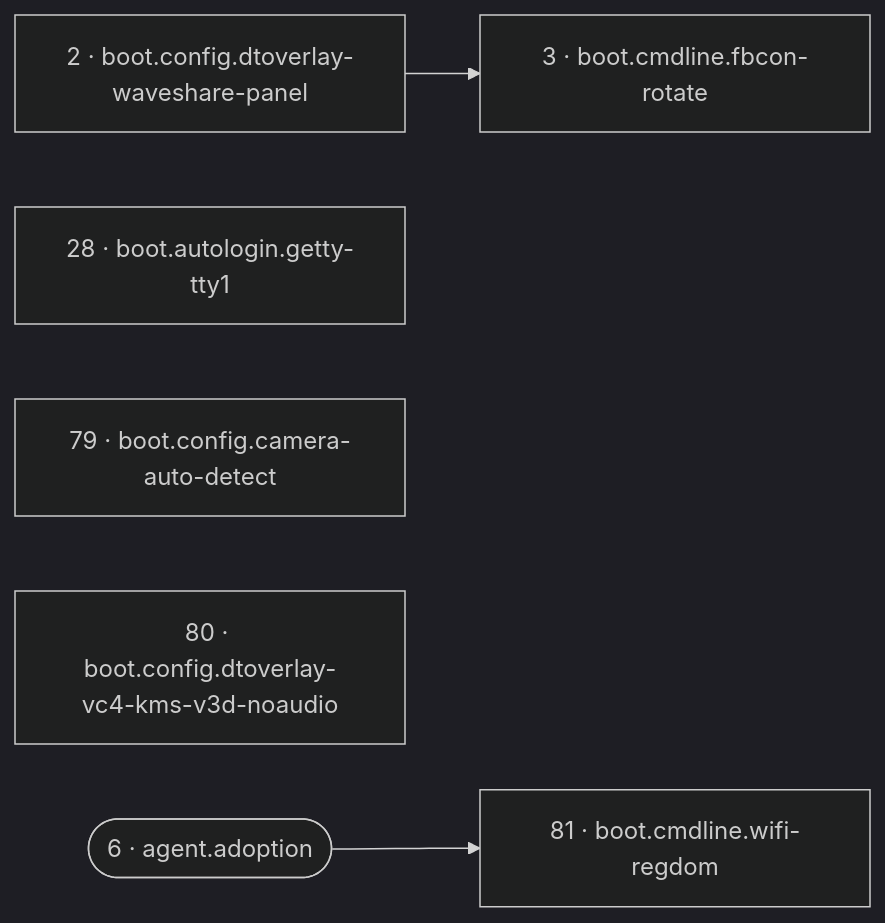
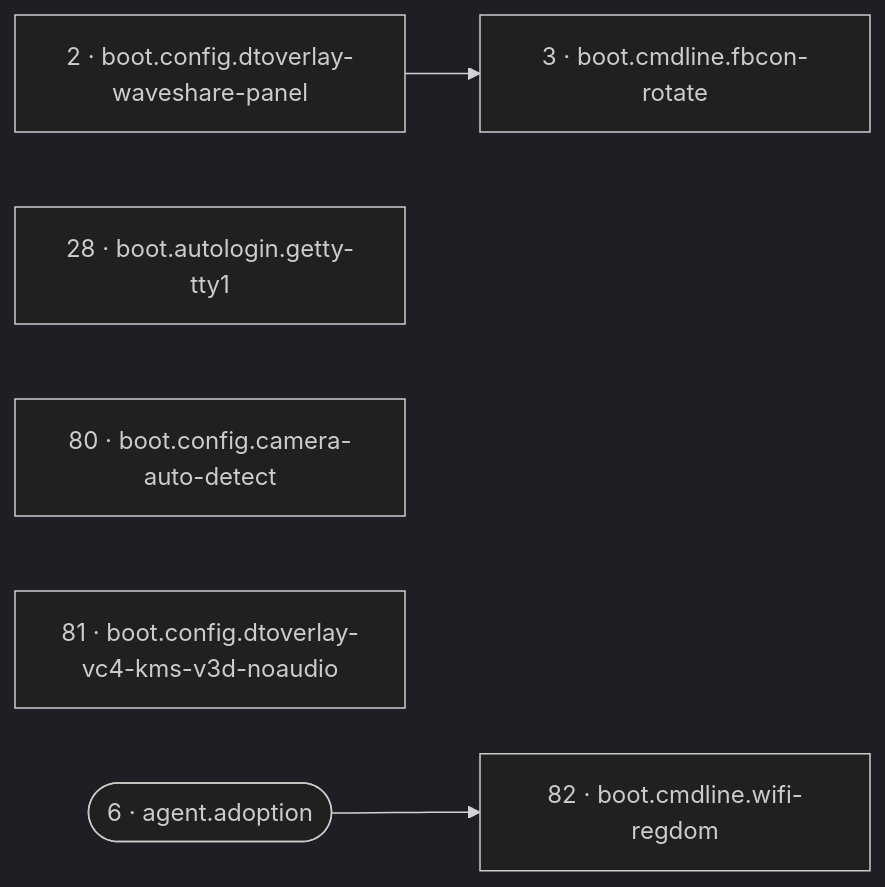
The third of 21 diagrams in reference/reconcile-dag.md (SixFive7/FrameLink), drawn with Mermaid (dark theme) before and after one commit. The commit also changed other lines of this file and 5 other files, not shown here.

````diff
--- a/reference/reconcile-dag.md
+++ b/reference/reconcile-dag.md
@@ -238,12 +239,12 @@
 ```mermaid
 flowchart LR
   r2["2 · boot.config.dtoverlay-waveshare-panel"]
   r3["3 · boot.cmdline.fbcon-rotate"]
   r28["28 · boot.autologin.getty-tty1"]
-  r79["79 · boot.config.camera-auto-detect"]
-  r80["80 · boot.config.dtoverlay-vc4-kms-v3d-noaudio"]
-  r81["81 · boot.cmdline.wifi-regdom"]
+  r80["80 · boot.config.camera-auto-detect"]
+  r81["81 · boot.config.dtoverlay-vc4-kms-v3d-noaudio"]
+  r82["82 · boot.cmdline.wifi-regdom"]
   r6(["6 · agent.adoption"])
   r2 --> r3
-  r6 --> r81
+  r6 --> r82
 ```
````
